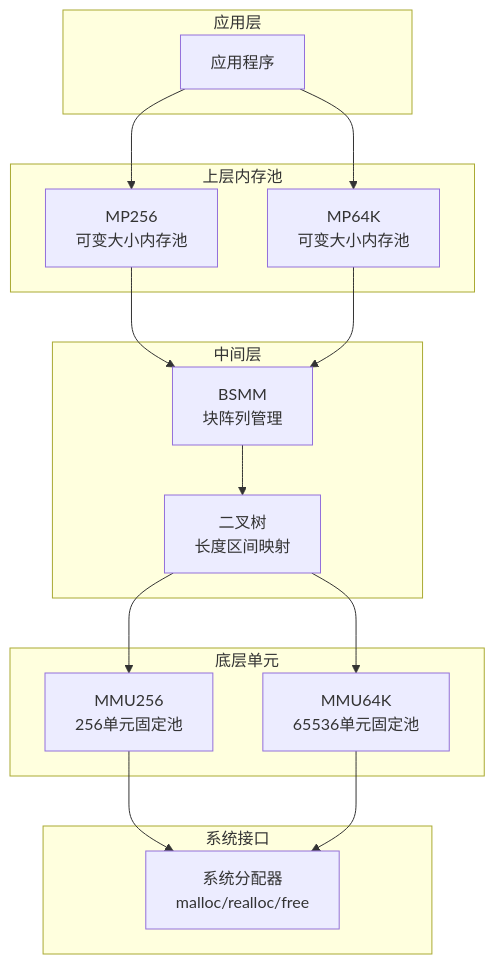
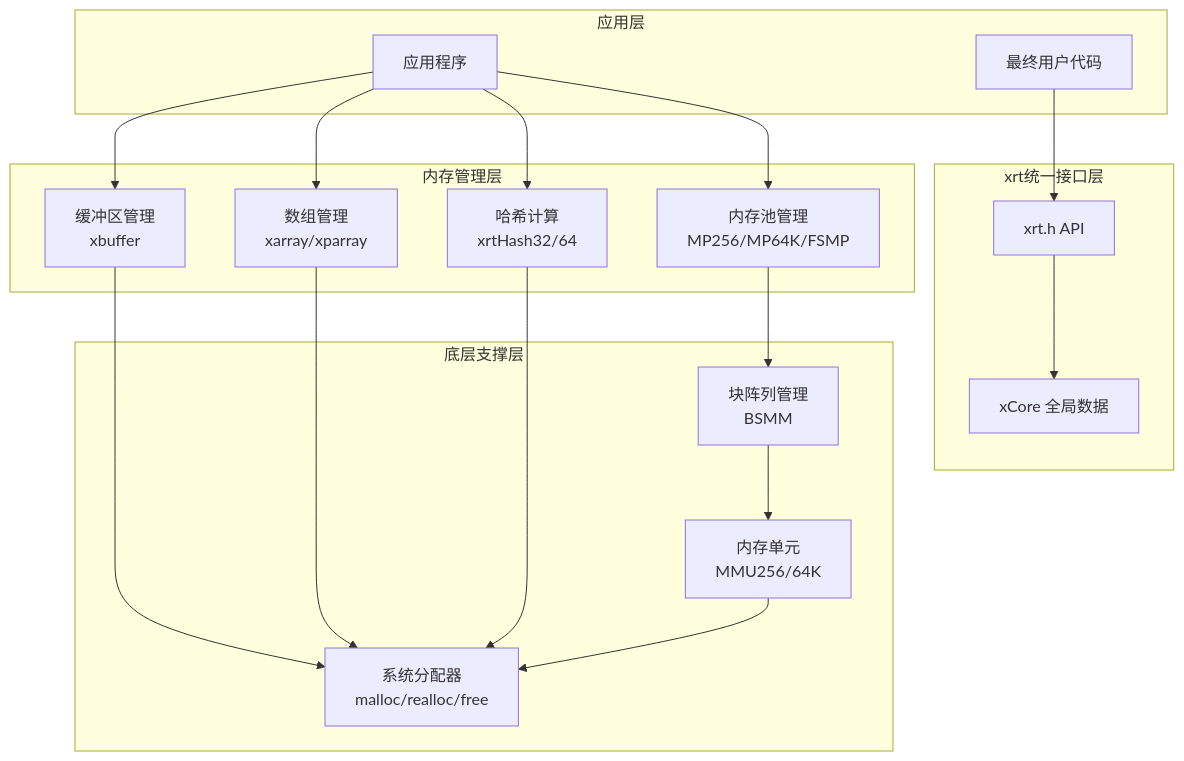
One commit to xywhsoft/xpack changed the second of 6 diagrams in .qoder/repowiki/zh/content/内存管理架构/内存管理架构.md. Above: the diagram before and after it, drawn with Mermaid. The commit also changed other lines of this file and 23 other files, not shown here.

````diff
--- a/.qoder/repowiki/zh/content/内存管理架构/内存管理架构.md
+++ b/.qoder/repowiki/zh/content/内存管理架构/内存管理架构.md
@@ -89,30 +100,34 @@
 ```mermaid
 graph TB
 subgraph "应用层"
 APP["应用程序"]
+ENDUSER["最终用户代码"]
 end
-subgraph "上层内存池"
-MP256["MP256<br/>可变大小内存池"]
-MP64K["MP64K<br/>可变大小内存池"]
+subgraph "xrt统一接口层"
+XRT["xrt.h API"]
+CORE["xCore 全局数据"]
+ENDUSER --> XRT
+XRT --> CORE
 end
-subgraph "中间层"
-BSMM["BSMM<br/>块阵列管理"]
-TREE["二叉树<br/>长度区间映射"]
+subgraph "内存管理层"
+MEMPOOL["内存池管理<br/>MP256/MP64K/FSMP"]
+BUFFER["缓冲区管理<br/>xbuffer"]
+ARRAY["数组管理<br/>xarray/xparray"]
+HASH["哈希计算<br/>xrtHash32/64"]
 end
-subgraph "底层单元"
-MMU256["MMU256<br/>256单元固定池"]
-MMU64K["MMU64K<br/>65536单元固定池"]
-end
-subgraph "系统接口"
+subgraph "底层支撑层"
+BSMM["块阵列管理<br/>BSMM"]
+MEMUNIT["内存单元<br/>MMU256/64K"]
 SYS["系统分配器<br/>malloc/realloc/free"]
 end
-APP --> MP256
-APP --> MP64K
-MP256 --> BSMM
-MP64K --> BSMM
-BSMM --> TREE
-TREE --> MMU256
-TREE --> MMU64K
-MMU256 --> SYS
-MMU64K --> SYS
+APP --> MEMPOOL
+APP --> BUFFER
+APP --> ARRAY
+APP --> HASH
+MEMPOOL --> BSMM
+BUFFER --> SYS
+ARRAY --> SYS
+HASH --> SYS
+BSMM --> MEMUNIT
+MEMUNIT --> SYS
 ```
````
